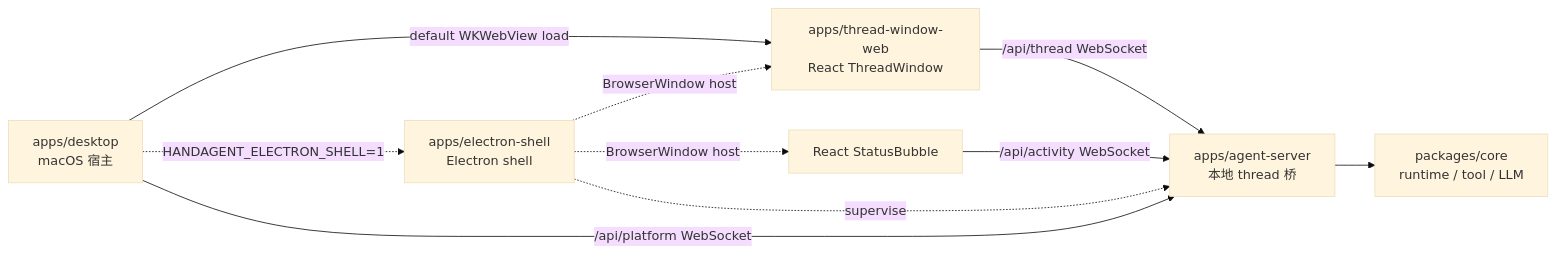
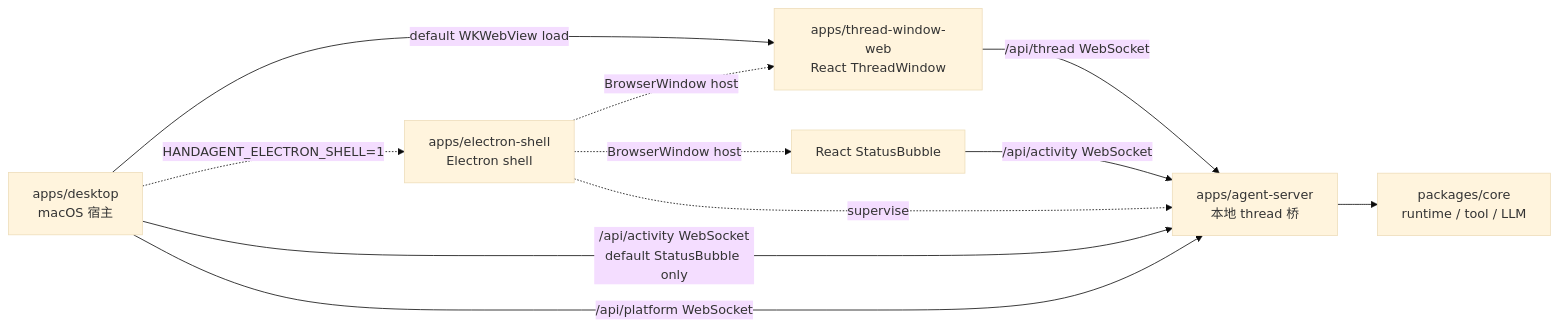
One commit to Lixuhang987/SpotAgent changed the diagram in apps/apps.md. Above: the diagram before and after it, drawn with Mermaid (base theme). The commit also changed other lines of this file and 17 other files, not shown here.

Commit message:
fix: sync swift status bubble with activity

````diff
--- a/apps/apps.md
+++ b/apps/apps.md
@@ -16,12 +16,13 @@
 ```mermaid
 flowchart LR
   A[apps/desktop<br/>macOS 宿主] -->|default WKWebView load| W[apps/thread-window-web<br/>React ThreadWindow]
   A -. HANDAGENT_ELECTRON_SHELL=1 .-> E[apps/electron-shell<br/>Electron shell]
   E -. BrowserWindow host .-> W
   E -. BrowserWindow host .-> S[React StatusBubble]
   E -. supervise .-> B
   W -->|/api/thread WebSocket| B[apps/agent-server<br/>本地 thread 桥]
   S -->|/api/activity WebSocket| B
+  A -->|/api/activity WebSocket<br/>default StatusBubble only| B
   A -->|/api/platform WebSocket| B
   B --> C[packages/core<br/>runtime / tool / LLM]
 ```
````
